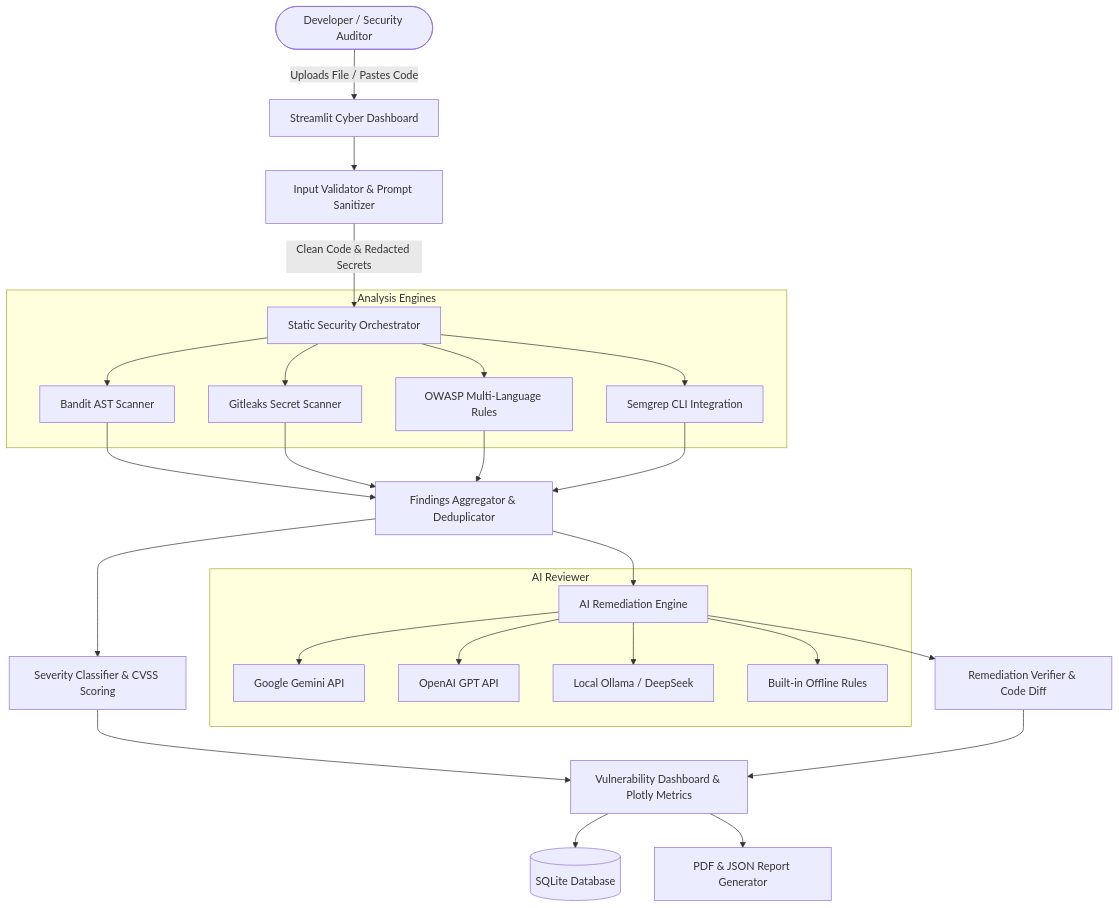
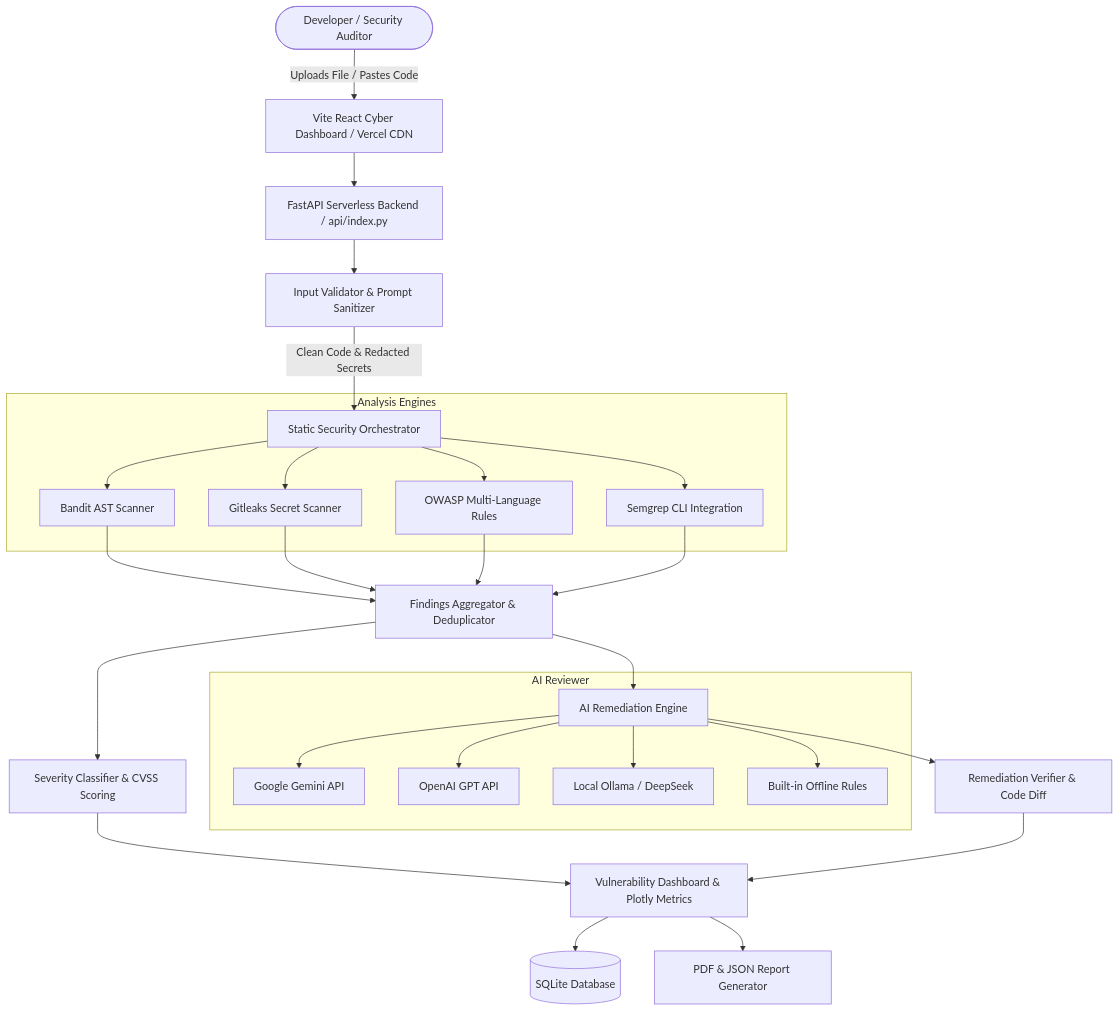
The diagram in README.md (pranavmehra003-sketch/AI-Assisted-Secure-Code-Reviewer), drawn with Mermaid before and after one commit. The commit also changed other lines of this file and 20 other files, not shown here.

Commit message:
feat: migrate to Vercel full-stack serverless architecture with FastAPI & Vite React

````diff
--- a/README.md
+++ b/README.md
@@ -35,34 +35,35 @@
 ```mermaid
 flowchart TD
-    User([Developer / Security Auditor]) -->|Uploads File / Pastes Code| UI[Streamlit Cyber Dashboard]
-    UI --> Validator[Input Validator & Prompt Sanitizer]
+    User([Developer / Security Auditor]) -->|Uploads File / Pastes Code| UI[Vite React Cyber Dashboard / Vercel CDN]
+    UI --> API[FastAPI Serverless Backend / api/index.py]
+    API --> Validator[Input Validator & Prompt Sanitizer]
     Validator -->|Clean Code & Redacted Secrets| Engine[Static Security Orchestrator]
     
     subgraph Analysis Engines
         Engine --> Bandit[Bandit AST Scanner]
         Engine --> Secrets[Gitleaks Secret Scanner]
         Engine --> OWASP[OWASP Multi-Language Rules]
         Engine --> Semgrep[Semgrep CLI Integration]
     end
 
     Bandit --> Aggregator[Findings Aggregator & Deduplicator]
     Secrets --> Aggregator
     OWASP --> Aggregator
     Semgrep --> Aggregator
 
     Aggregator --> Scorer[Severity Classifier & CVSS Scoring]
     Aggregator --> AI[AI Remediation Engine]
 
     subgraph AI Reviewer
         AI --> Gemini[Google Gemini API]
         AI --> OpenAI[OpenAI GPT API]
         AI --> Ollama[Local Ollama / DeepSeek]
         AI --> Offline[Built-in Offline Rules]
     end
 
     AI --> Verifier[Remediation Verifier & Code Diff]
     Scorer --> Dashboard[Vulnerability Dashboard & Plotly Metrics]
     Verifier --> Dashboard
     Dashboard --> DB[(SQLite Database)]
     Dashboard --> Reports[PDF & JSON Report Generator]
 ```
````
